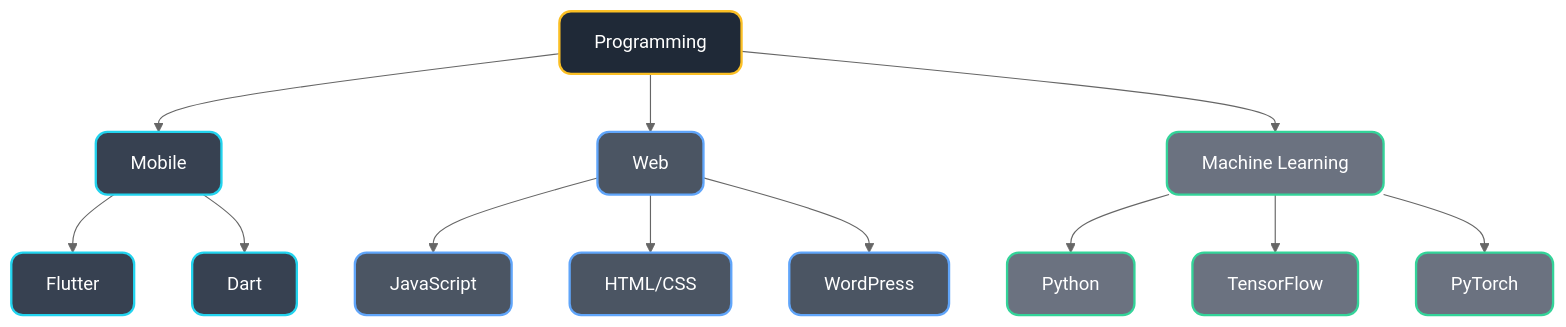
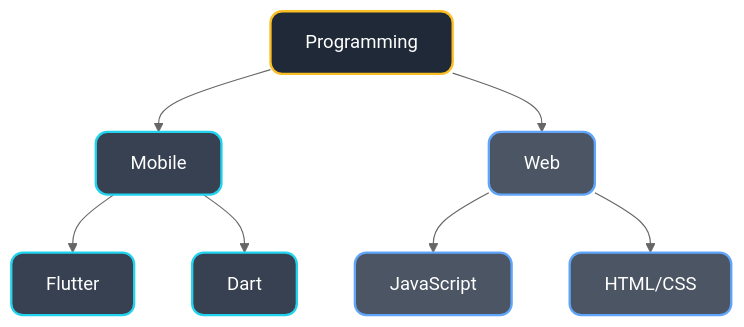
Before and after one commit to Raseelp/Raseelp: the first of 2 diagrams in README.md, drawn with Mermaid (neutral theme).

````diff
--- a/README.md
+++ b/README.md
@@ -28,30 +28,28 @@
 ```mermaid
 %% Note: This graph showcases my Technical Skills.  
 %% If it doesn't display, please view it on the GitHub website.
 graph TD
     A[Programming] --> B[Mobile]
     A --> C[Web]
-    A --> D[Machine Learning]
+   
     
     B --> B1[Flutter]
     B --> B2[Dart]
     
     C --> C1[JavaScript]
     C --> C2[HTML/CSS]
-    C --> C3[WordPress]
     
-    D --> D1[Python]
-    D --> D2[TensorFlow]
-    D --> D3[PyTorch]
+    
+  
 
     classDef main fill:#1f2937,stroke:#fbbf24,stroke-width:2px,color:#ffffff,rx:10px,ry:10px;
     classDef mobile fill:#374151,stroke:#22d3ee,stroke-width:2px,color:#ffffff,rx:10px,ry:10px;
     classDef web fill:#4b5563,stroke:#60a5fa,stroke-width:2px,color:#ffffff,rx:10px,ry:10px;
-    classDef ml fill:#6b7280,stroke:#34d399,stroke-width:2px,color:#ffffff,rx:10px,ry:10px;
+    
 
     class A main;
     class B,B1,B2 mobile;
-    class C,C1,C2,C3 web;
-    class D,D1,D2,D3 ml;
+    class C,C1,C2 web;
+    
 
 ```
````
